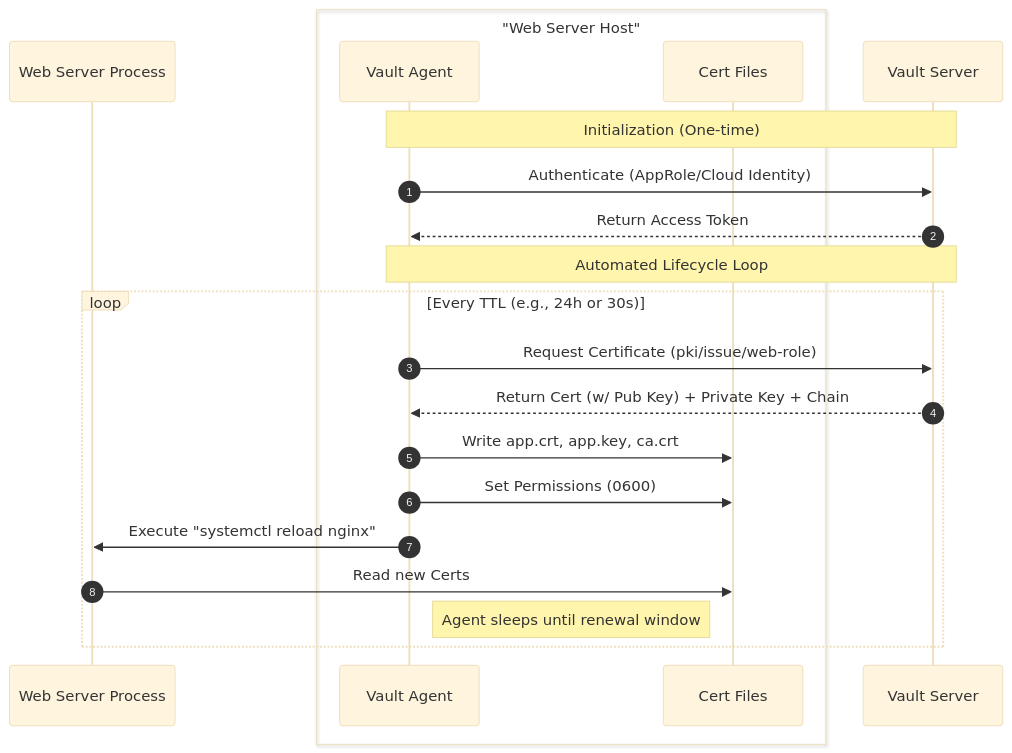
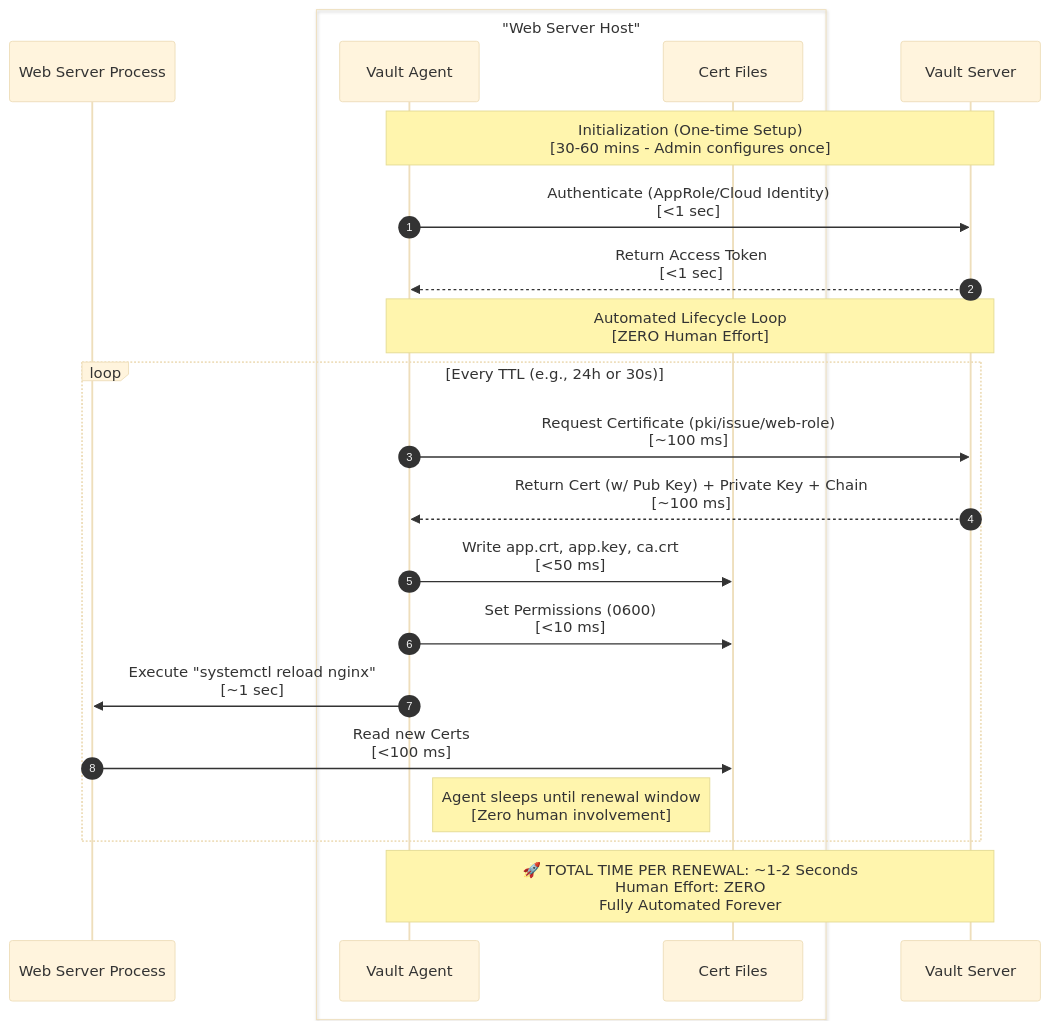
Before and after one commit to songlining/pki: the second of 2 diagrams in tls-cert-gen-manual-vs-vault.md, drawn with Mermaid (base theme). The commit also changed other lines of this file, not shown here.

Commit message:
added time spent

````diff
--- a/tls-cert-gen-manual-vs-vault.md
+++ b/tls-cert-gen-manual-vs-vault.md
@@ -74,28 +78,30 @@
 ```mermaid
 sequenceDiagram
     autonumber
     participant Server as Web Server Process
     box "Web Server Host" #f9f9f9
         participant Agent as Vault Agent
         participant Files as Cert Files
     end
     participant Vault as Vault Server
 
-    Note over Agent, Vault: Initialization (One-time)
-    Agent->>Vault: Authenticate (AppRole/Cloud Identity)
-    Vault-->>Agent: Return Access Token
+    Note over Agent, Vault: Initialization (One-time Setup)<br/>[30-60 mins - Admin configures once]
+    Agent->>Vault: Authenticate (AppRole/Cloud Identity)<br/>[<1 sec]
+    Vault-->>Agent: Return Access Token<br/>[<1 sec]
 
-    Note over Agent, Vault: Automated Lifecycle Loop
+    Note over Agent, Vault: Automated Lifecycle Loop<br/>[ZERO Human Effort]
     loop Every TTL (e.g., 24h or 30s)
-        Agent->>Vault: Request Certificate (pki/issue/web-role)
-        Vault-->>Agent: Return Cert (w/ Pub Key) + Private Key + Chain
-        
-        Agent->>Files: Write app.crt, app.key, ca.crt
-        Agent->>Files: Set Permissions (0600)
-        
-        Agent->>Server: Execute "systemctl reload nginx"
-        Server->>Files: Read new Certs
-        
-        Note right of Agent: Agent sleeps until renewal window
+        Agent->>Vault: Request Certificate (pki/issue/web-role)<br/>[~100 ms]
+        Vault-->>Agent: Return Cert (w/ Pub Key) + Private Key + Chain<br/>[~100 ms]
+
+        Agent->>Files: Write app.crt, app.key, ca.crt<br/>[<50 ms]
+        Agent->>Files: Set Permissions (0600)<br/>[<10 ms]
+
+        Agent->>Server: Execute "systemctl reload nginx"<br/>[~1 sec]
+        Server->>Files: Read new Certs<br/>[<100 ms]
+
+        Note right of Agent: Agent sleeps until renewal window<br/>[Zero human involvement]
     end
+
+    Note over Agent, Vault: 🚀 TOTAL TIME PER RENEWAL: ~1-2 Seconds<br/>Human Effort: ZERO<br/>Fully Automated Forever
 ```
````
